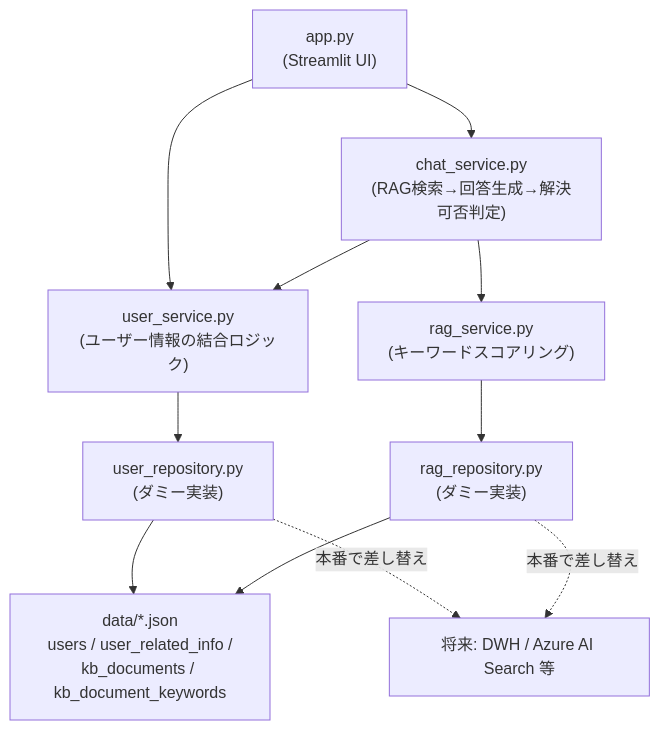
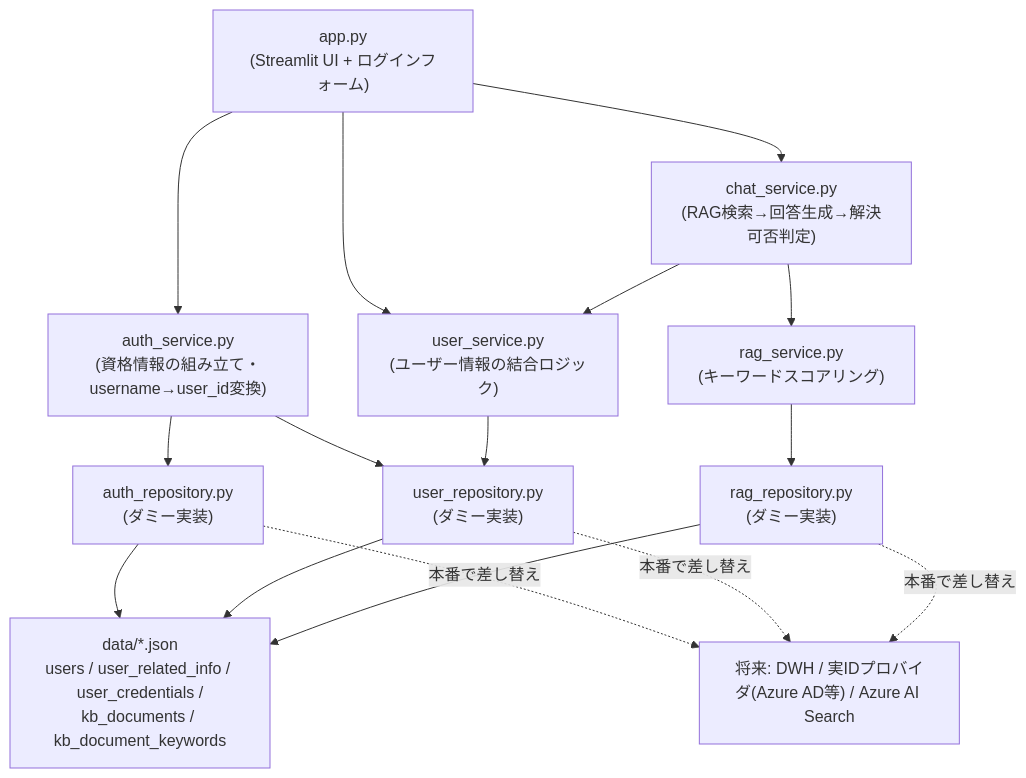
The diagram in sample-streamlit/samples/README.md (sakagami0615/dev-sample-lab), drawn with Mermaid before and after one commit. The commit also changed other lines of this file and 8 other files, not shown here.

````diff
--- a/sample-streamlit/samples/README.md
+++ b/sample-streamlit/samples/README.md
@@ -58,22 +64,29 @@
 ```mermaid
 graph TD
-    UI["app.py<br/>(Streamlit UI)"]
+    UI["app.py<br/>(Streamlit UI + ログインフォーム)"]
     Chat["chat_service.py<br/>(RAG検索→回答生成→解決可否判定)"]
+    AuthSvc["auth_service.py<br/>(資格情報の組み立て・username→user_id変換)"]
     UserSvc["user_service.py<br/>(ユーザー情報の結合ロジック)"]
     RagSvc["rag_service.py<br/>(キーワードスコアリング)"]
+    AuthRepo["auth_repository.py<br/>(ダミー実装)"]
     UserRepo["user_repository.py<br/>(ダミー実装)"]
     RagRepo["rag_repository.py<br/>(ダミー実装)"]
-    Data["data/*.json<br/>users / user_related_info /<br/>kb_documents / kb_document_keywords"]
-    Future["将来: DWH / Azure AI Search 等"]
+    Data["data/*.json<br/>users / user_related_info / user_credentials /<br/>kb_documents / kb_document_keywords"]
+    Future["将来: DWH / 実IDプロバイダ(Azure AD等) / Azure AI Search"]
 
+    UI --> AuthSvc
     UI --> Chat
     UI --> UserSvc
     Chat --> UserSvc
     Chat --> RagSvc
+    AuthSvc --> AuthRepo
+    AuthSvc --> UserRepo
     UserSvc --> UserRepo
     RagSvc --> RagRepo
+    AuthRepo --> Data
     UserRepo --> Data
     RagRepo --> Data
+    AuthRepo -.本番で差し替え.-> Future
     UserRepo -.本番で差し替え.-> Future
     RagRepo -.本番で差し替え.-> Future
 ```
````
